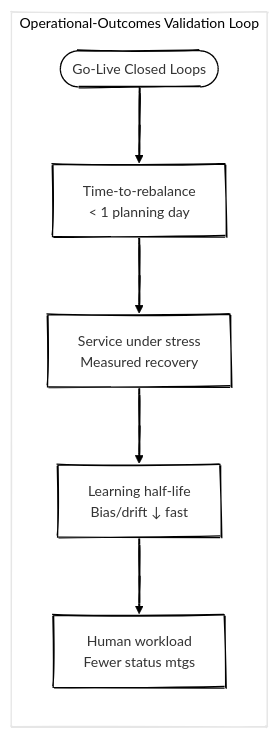
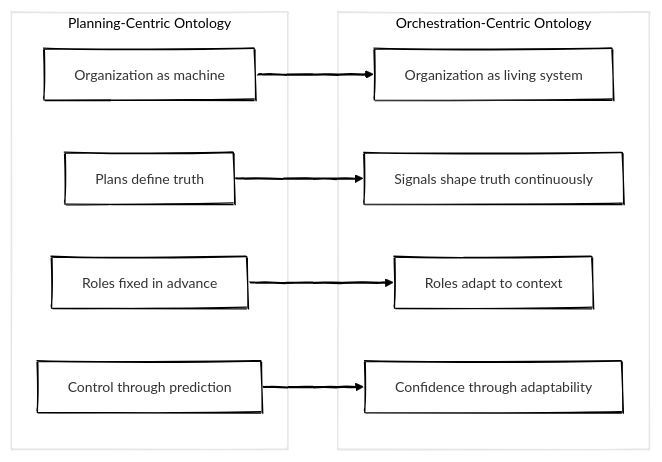
One commit to antomon/antomon.github.io changed the eighth of 8 diagrams in posts/from-planning-to-orchestration-reimagining-enterprise-beyond-S&OP/index.qmd. Above: the diagram before and after it, drawn with Mermaid. The commit also changed other lines of this file and 4 other files, not shown here.

````diff
--- a/posts/from-planning-to-orchestration-reimagining-enterprise-beyond-S&OP/index.qmd
+++ b/posts/from-planning-to-orchestration-reimagining-enterprise-beyond-S&OP/index.qmd
@@ -410,20 +486,28 @@
 ```{mermaid}
-%%| label: fig-monday-changes
-%%| fig-cap: What changes on Monday morning
-%%| fig-alt: Concrete operating shifts when orchestration goes live
+%%| label: fig-living-systems
+%%| fig-cap: "From planning-centric organizations to living systems: an ontological shift in how enterprises are understood"
+%%| fig-alt: "Conceptual contrast between planning-centric and orchestration-centric organizational ontologies"
 %%| fig-align: "center"
 %%{init: {"theme": "neo", "look": "handDrawn"}}%%
 
 flowchart LR
 
-  subgraph OLO[Operational#8209;Outcomes&nbsp;Validation&nbsp;Loop]
-    start(["Go-Live Closed Loops"]) --> T1["Time-to-rebalance<br>&lt; 1 planning day"]
-    T1 --> T2["Service under stress<br>Measured recovery"]
-    T2 --> T3["Learning half-life<br>Bias/drift ↓ fast"]
-    T3 --> T4["Human workload<br>Fewer status mtgs"]
-     T1:::good
-     T2:::good
-     T3:::good
-     T4:::good
+  subgraph OLD[Planning#8209;Centric&nbsp;Ontology]
+    O1["Organization as machine"]
+    O2["Plans define truth"]
+    O3["Roles fixed in advance"]
+    O4["Control through prediction"]
   end
+
+  subgraph NEW[Orchestration#8209;Centric&nbsp;Ontology]
+    N1["Organization as living system"]
+    N2["Signals shape truth continuously"]
+    N3["Roles adapt to context"]
+    N4["Confidence through adaptability"]
+  end
+
+  O1 --> N1
+  O2 --> N2
+  O3 --> N3
+  O4 --> N4
 ```
````
